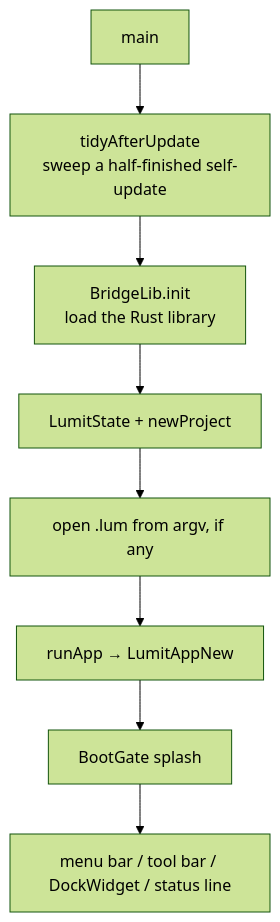
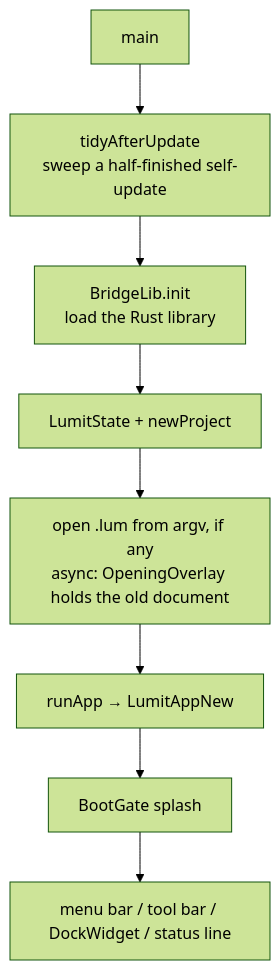
The first of 2 diagrams in docs/learn/06-FRONTEND.md (luminalmvm/Lumit), drawn with Mermaid (forest theme) before and after one commit. The commit also changed other lines of this file and 11 other files, not shown here.

````diff
--- a/docs/learn/06-FRONTEND.md
+++ b/docs/learn/06-FRONTEND.md
@@ -28,10 +28,10 @@
 ```mermaid
 flowchart TD
     A[main] --> B[tidyAfterUpdate<br/>sweep a half-finished self-update]
     B --> C[BridgeLib.init<br/>load the Rust library]
     C --> D[LumitState + newProject]
-    D --> E[open .lum from argv, if any]
+    D --> E[open .lum from argv, if any<br/>async: OpeningOverlay holds the old document]
     E --> F[runApp → LumitAppNew]
     F --> G[BootGate splash]
     G --> H[menu bar / tool bar / DockWidget / status line]
 ```
````
